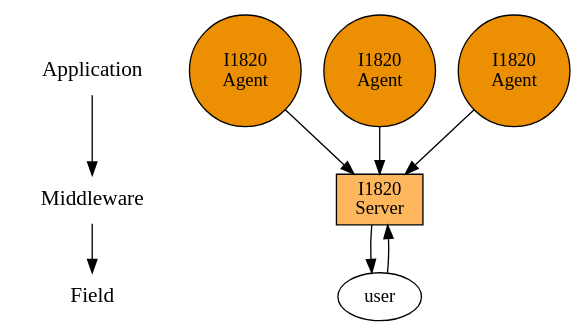
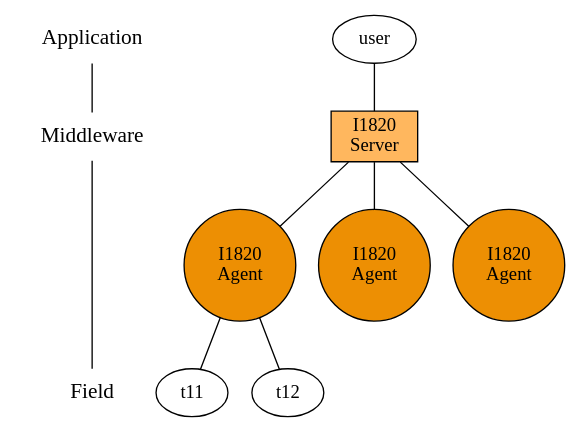
Before and after one commit to AoLab/AoLab.github.io: the diagram in documentation/architecture/architecture.dot, drawn with Graphviz.

Commit message:
Architecture was improved.

```diff
--- a/documentation/architecture/architecture.dot
+++ b/documentation/architecture/architecture.dot
@@ -1,28 +1,39 @@
-digraph architecture {
+graph architecture {
 	{
 		node [shape=plaintext, fontsize=16];
 		/* the time-line graph */
-		"Application" -> "Middleware" -> "Field";
+		"Application" -- "Middleware" -- "Field";
 	}
 
 	{
-		rank="same";
+		rank=same;
 		"Middleware"; i1820;
 	}
 
 	{
-		rank="same";
+		rank=same;
 		agent1; agent2; agent3;
 	}
 
-	user -> i1820;
-	i1820 -> user;
-	agent1 -> i1820;
-	agent2 -> i1820;
-	agent3 -> i1820;
+	{
+		rank=same
+		"Application"; user;
+	}
+
+	{
+		rank=same;
+		"Field"; t11; t12;
+	}
+
+	user -- i1820;
+	i1820 -- agent1;
+	i1820 -- agent2;
+	i1820 -- agent3;
+	agent1 -- t11;
+	agent1 -- t12;
 
 	i1820 [shape=box, label="I1820\nServer", fillcolor="#FFB75E", style=filled];
 	agent1 [shape=circle, label="I1820\nAgent", fillcolor="#ED8F03", style=filled];
 	agent2 [shape=circle, label="I1820\nAgent", fillcolor="#ED8F03", style=filled];
 	agent3 [shape=circle, label="I1820\nAgent", fillcolor="#ED8F03", style=filled];
 }
```
